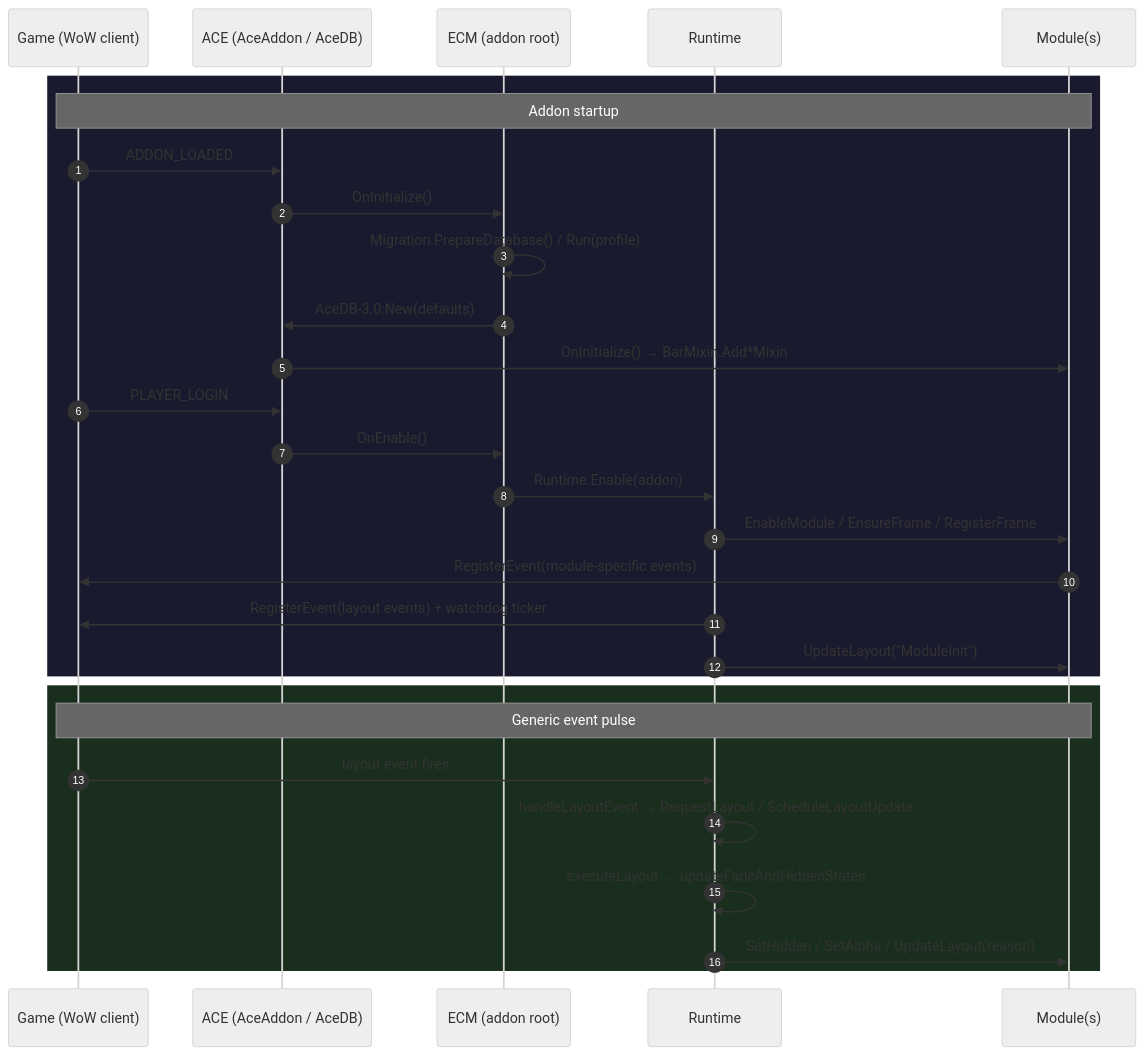
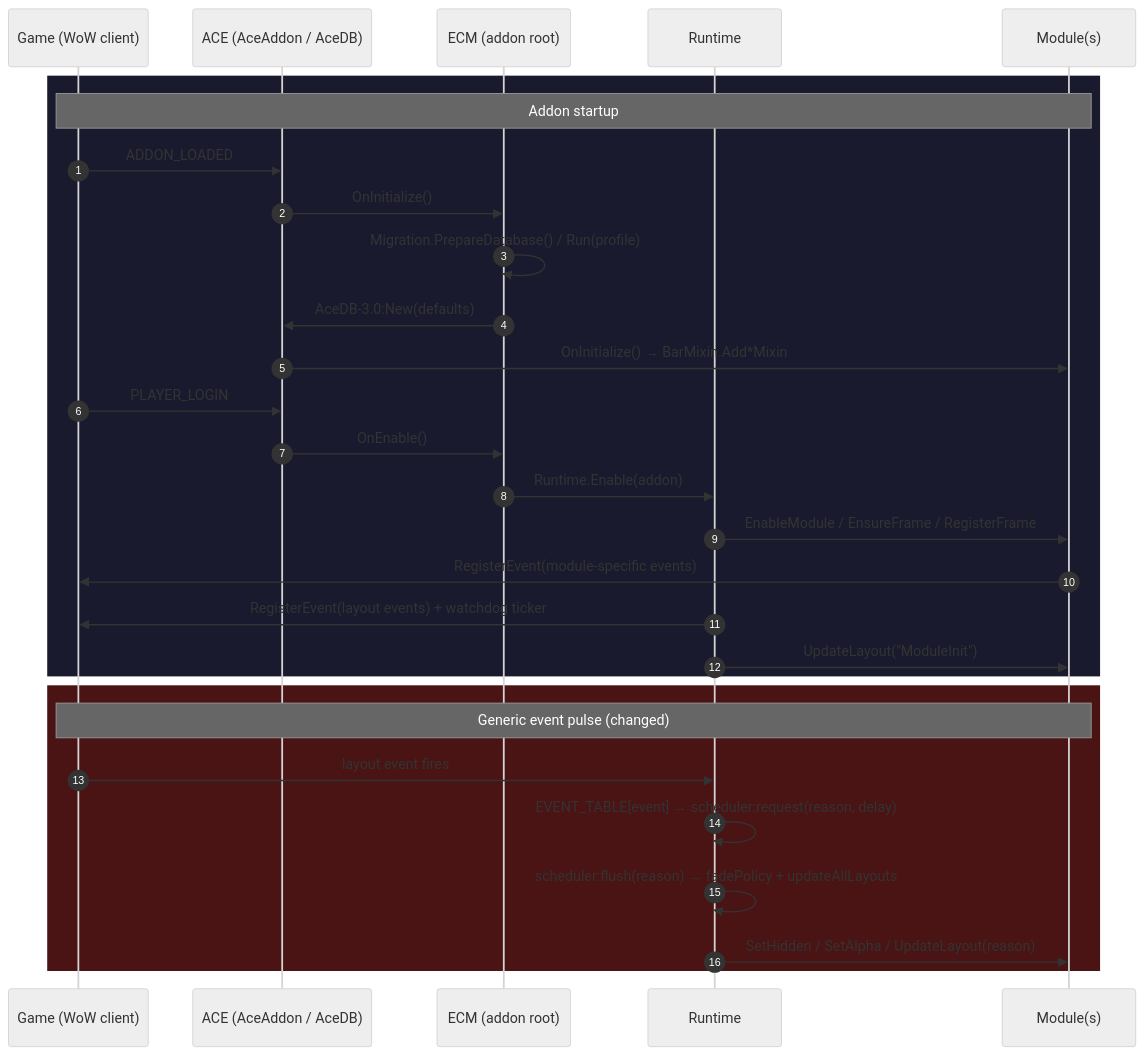
The first of 5 diagrams in ARCHITECTURE.md (argium/EnhancedCooldownManager), drawn with Mermaid (neutral theme) before and after one commit. The commit also changed other lines of this file and 36 other files, not shown here.

````diff
--- a/ARCHITECTURE.md
+++ b/ARCHITECTURE.md
@@ -23,33 +23,33 @@
 ```mermaid
 sequenceDiagram
     autonumber
     participant Game as Game (WoW client)
     participant ACE as ACE (AceAddon / AceDB)
     participant ECM as ECM (addon root)
     participant Runtime as Runtime
     participant Module as Module(s)
 
     rect rgb(26,26,46)
     note over Game,Module: Addon startup
     Game->>ACE: ADDON_LOADED
     ACE->>ECM: OnInitialize()
     ECM->>ECM: Migration.PrepareDatabase() / Run(profile)
     ECM->>ACE: AceDB-3.0:New(defaults)
     ACE->>Module: OnInitialize() → BarMixin.Add*Mixin
     Game->>ACE: PLAYER_LOGIN
     ACE->>ECM: OnEnable()
     ECM->>Runtime: Runtime.Enable(addon)
     Runtime->>Module: EnableModule / EnsureFrame / RegisterFrame
     Module->>Game: RegisterEvent(module-specific events)
     Runtime->>Game: RegisterEvent(layout events) + watchdog ticker
     Runtime->>Module: UpdateLayout("ModuleInit")
     end
 
-    rect rgb(26,46,30)
-    note over Game,Module: Generic event pulse
+    rect rgb(74,20,20)
+    note over Game,Module: Generic event pulse (changed)
     Game->>Runtime: layout event fires
-    Runtime->>Runtime: handleLayoutEvent → RequestLayout / ScheduleLayoutUpdate
-    Runtime->>Runtime: executeLayout → updateFadeAndHiddenStates
+    Runtime->>Runtime: EVENT_TABLE[event] → scheduler:request(reason, delay)
+    Runtime->>Runtime: scheduler:flush(reason) → fadePolicy + updateAllLayouts
     Runtime->>Module: SetHidden / SetAlpha / UpdateLayout(reason)
     end
 ```
````
